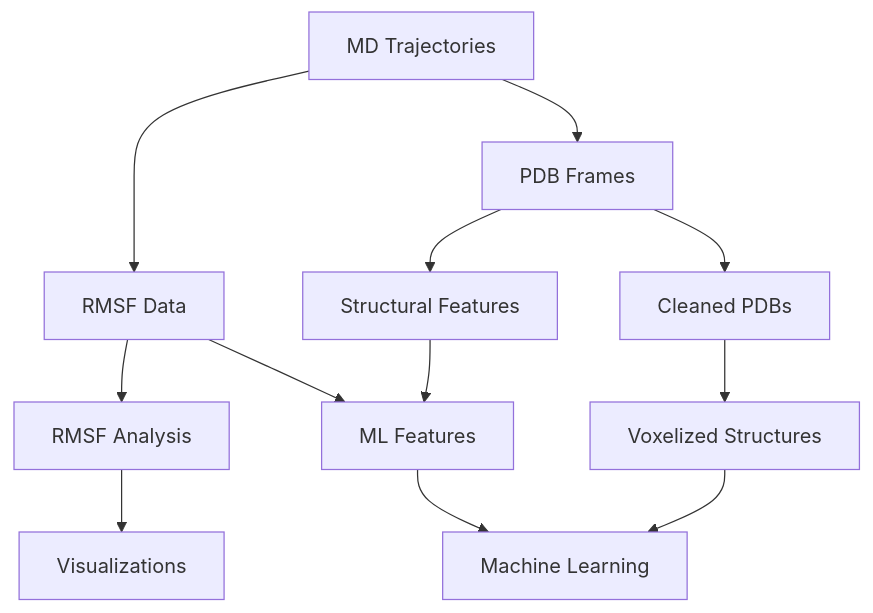
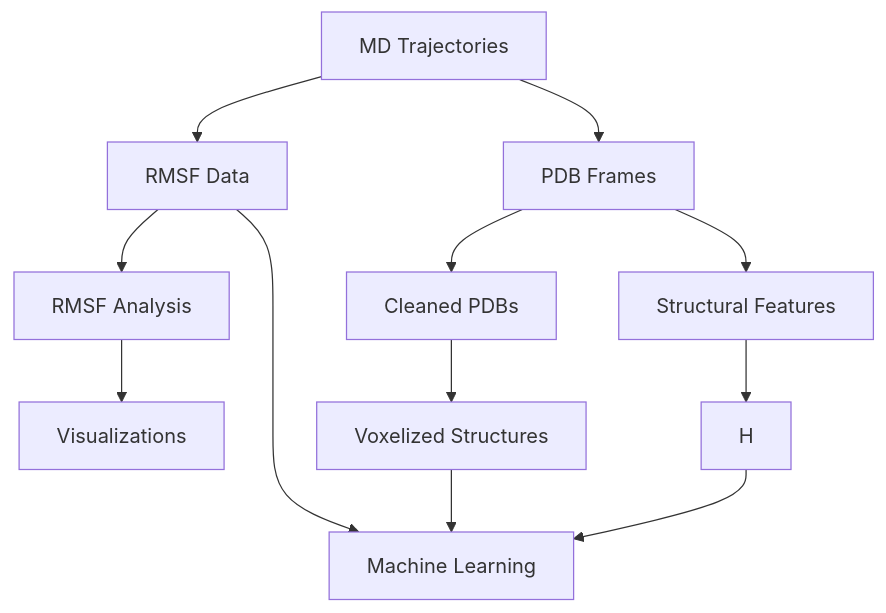
Before and after one commit to Felixburton7/drWiggle: the diagram in README.md, drawn with Mermaid.

````diff
--- a/README.md
+++ b/README.md
@@ -236,14 +236,14 @@
 ```mermaid
 graph TD
     A[MD Trajectories] --> B[RMSF Data]
     A --> C[PDB Frames]
     C --> D[Cleaned PDBs]
     D --> E[Voxelized Structures]
     B --> F[RMSF Analysis]
     C --> G[Structural Features]
-    B --> H[ML Features]
+    B --> J[ML Features]
     G --> H
     F --> I[Visualizations]
     H --> J[Machine Learning]
     E --> J
 ```
````
